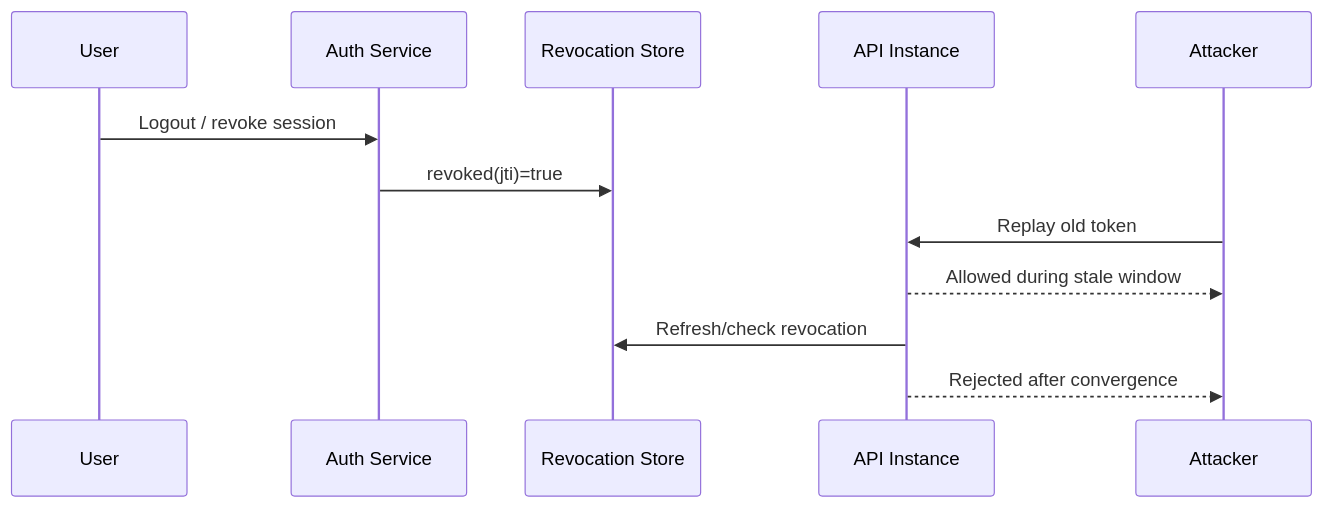
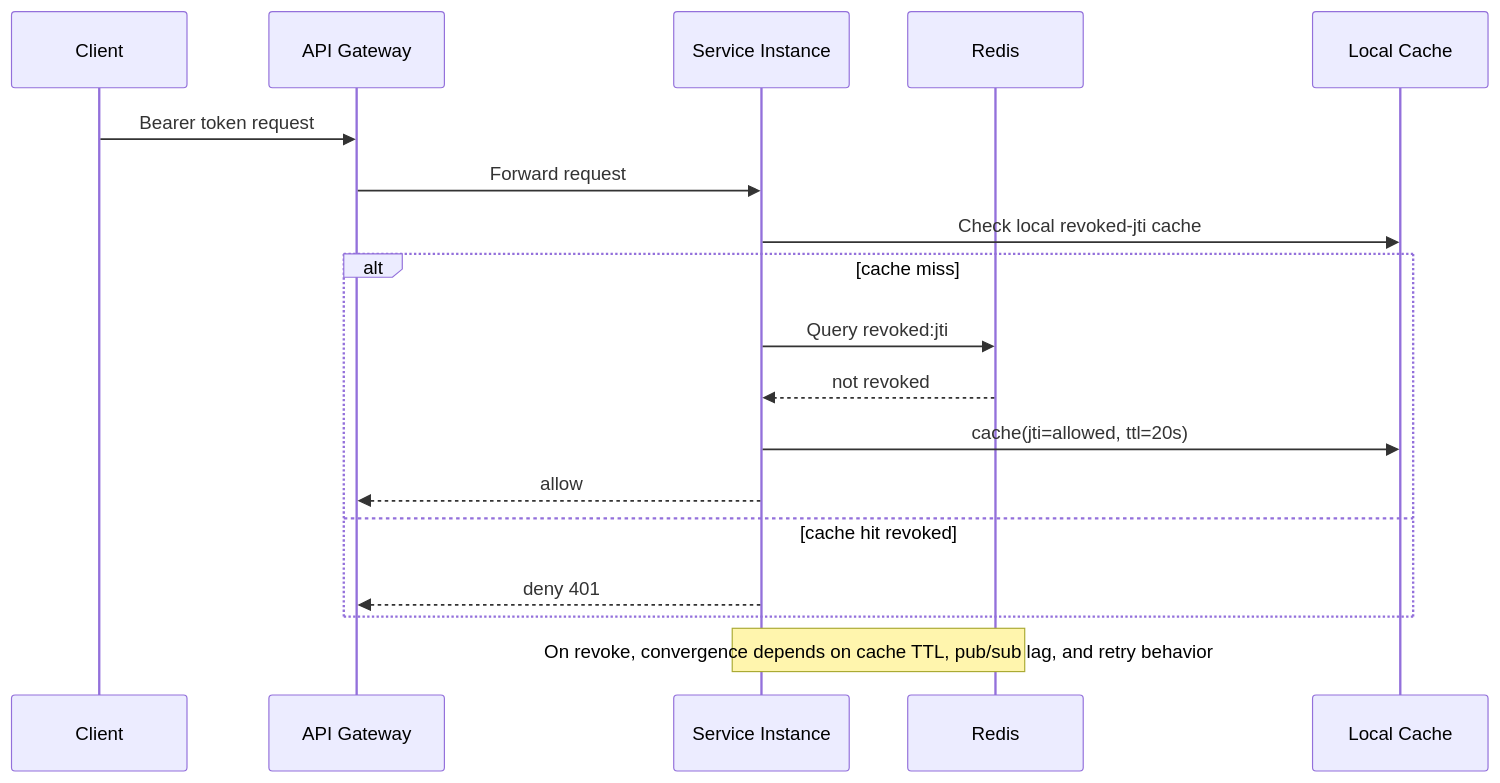
Before and after one commit to balagpy/security-architecture-patterns: the diagram in JWT-Revocation-Failure/diagrams/sequence.mmd, drawn with Mermaid. The commit also changed 12 other files, not shown here.

Commit message:
docs(jwt): add high-fidelity diagrams and deepen revocation failure analysis

```diff
--- a/JWT-Revocation-Failure/diagrams/sequence.mmd
+++ b/JWT-Revocation-Failure/diagrams/sequence.mmd
@@ -1,13 +1,20 @@
 sequenceDiagram
-    participant User
-    participant IdP as Auth Service
-    participant Redis as Revocation Store
-    participant API as API Instance
-    participant Att as Attacker
+    participant C as Client
+    participant GW as API Gateway
+    participant S as Service Instance
+    participant R as Redis
+    participant L as Local Cache
 
-    User->>IdP: Logout / revoke session
-    IdP->>Redis: revoked(jti)=true
-    Att->>API: Replay old token
-    API-->>Att: Allowed during stale window
-    API->>Redis: Refresh/check revocation
-    API-->>Att: Rejected after convergence
+    C->>GW: Bearer token request
+    GW->>S: Forward request
+    S->>L: Check local revoked-jti cache
+    alt cache miss
+        S->>R: Query revoked:jti
+        R-->>S: not revoked
+        S->>L: cache(jti=allowed, ttl=20s)
+        S-->>GW: allow
+    else cache hit revoked
+        S-->>GW: deny 401
+    end
+
+    Note over R,S: On revoke, convergence depends on cache TTL, pub/sub lag, and retry behavior
```
